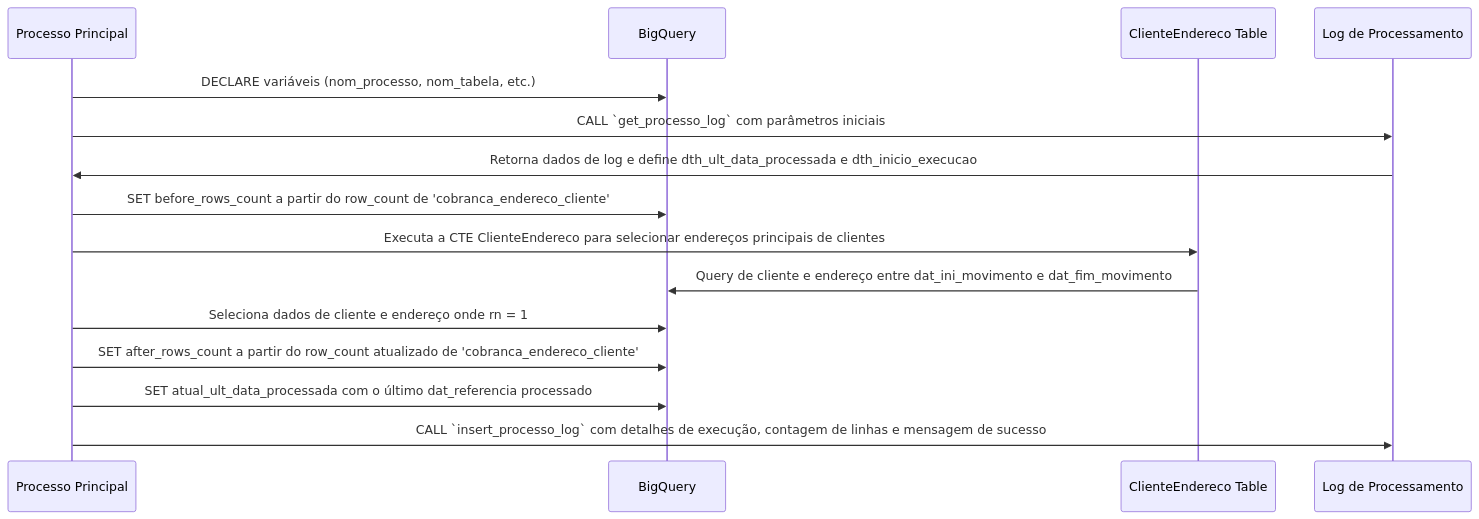
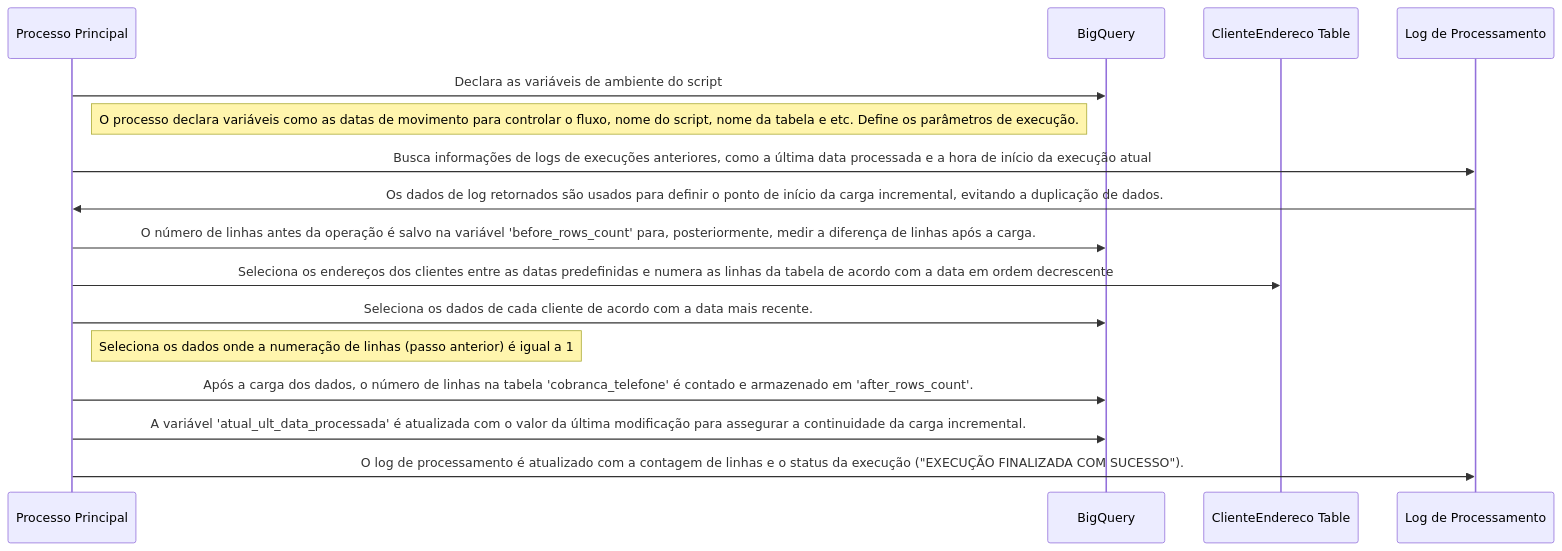
One commit to 2RP-Squad404/Halo-World changed the diagram in Sprints/SP03-0511/Gabriel/cobranca_endereco_cliente.md. Above: the diagram before and after it, drawn with Mermaid. The commit also changed 1 other file, not shown here.

Commit message:
docs: scripts diagram detailed

````diff
--- a/Sprints/SP03-0511/Gabriel/cobranca_endereco_cliente.md
+++ b/Sprints/SP03-0511/Gabriel/cobranca_endereco_cliente.md
@@ -1,23 +1,28 @@
 ```mermaid
 sequenceDiagram
     participant Processo as Processo Principal
     participant BigQuery as BigQuery
     participant ClienteEndereco as ClienteEndereco Table
     participant Logs as Log de Processamento
 
-    Processo->>BigQuery: DECLARE variáveis (nom_processo, nom_tabela, etc.)
-    Processo->>Logs: CALL `get_processo_log` com parâmetros iniciais
-    Logs->>Processo: Retorna dados de log e define dth_ult_data_processada e dth_inicio_execucao
+    Processo->>BigQuery: Declara as variáveis de ambiente do script
+    note right of Processo: O processo declara variáveis como as datas de movimento para controlar o fluxo, nome do script, nome da tabela e etc. Define os parâmetros de execução.
 
-    Processo->>BigQuery: SET before_rows_count a partir do row_count de 'cobranca_endereco_cliente'
+    Processo->>Logs: Busca informações de logs de execuções anteriores, como a última data processada e a hora de início da execução atual
+    
+    Logs->>Processo: Os dados de log retornados são usados para definir o ponto de início da carga incremental, evitando a duplicação de dados.
 
-    Processo->>ClienteEndereco: Executa a CTE ClienteEndereco para selecionar endereços principais de clientes
-    ClienteEndereco->>BigQuery: Query de cliente e endereço entre dat_ini_movimento e dat_fim_movimento
+    Processo->>BigQuery: O número de linhas antes da operação é salvo na variável 'before_rows_count' para, posteriormente, medir a diferença de linhas após a carga.
 
-    Processo->>BigQuery: Seleciona dados de cliente e endereço onde rn = 1
+    Processo->>ClienteEndereco: Seleciona os endereços dos clientes entre as datas predefinidas e numera as linhas da tabela de acordo com a data em ordem decrescente
 
-    Processo->>BigQuery: SET after_rows_count a partir do row_count atualizado de 'cobranca_endereco_cliente'
-    Processo->>BigQuery: SET atual_ult_data_processada com o último dat_referencia processado
+    Processo->>BigQuery: Seleciona os dados de cada cliente de acordo com a data mais recente.
+    note right of Processo: Seleciona os dados onde a numeração de linhas (passo anterior) é igual a 1
 
-    Processo->>Logs: CALL `insert_processo_log` com detalhes de execução, contagem de linhas e mensagem de sucesso
+
+    Processo->>BigQuery: Após a carga dos dados, o número de linhas na tabela 'cobranca_telefone' é contado e armazenado em 'after_rows_count'.
+
+    Processo->>BigQuery: A variável 'atual_ult_data_processada' é atualizada com o valor da última modificação para assegurar a continuidade da carga incremental.
+
+    Processo->>Logs: O log de processamento é atualizado com a contagem de linhas e o status da execução ("EXECUÇÃO FINALIZADA COM SUCESSO").
 ```
````
